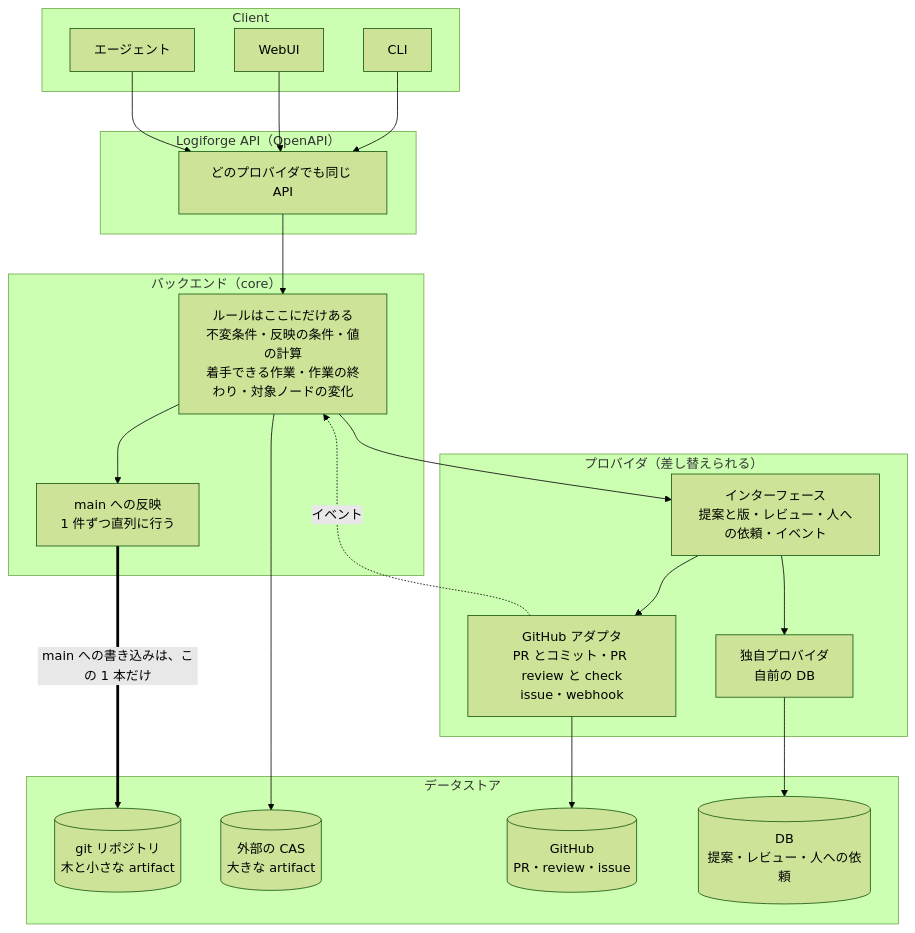
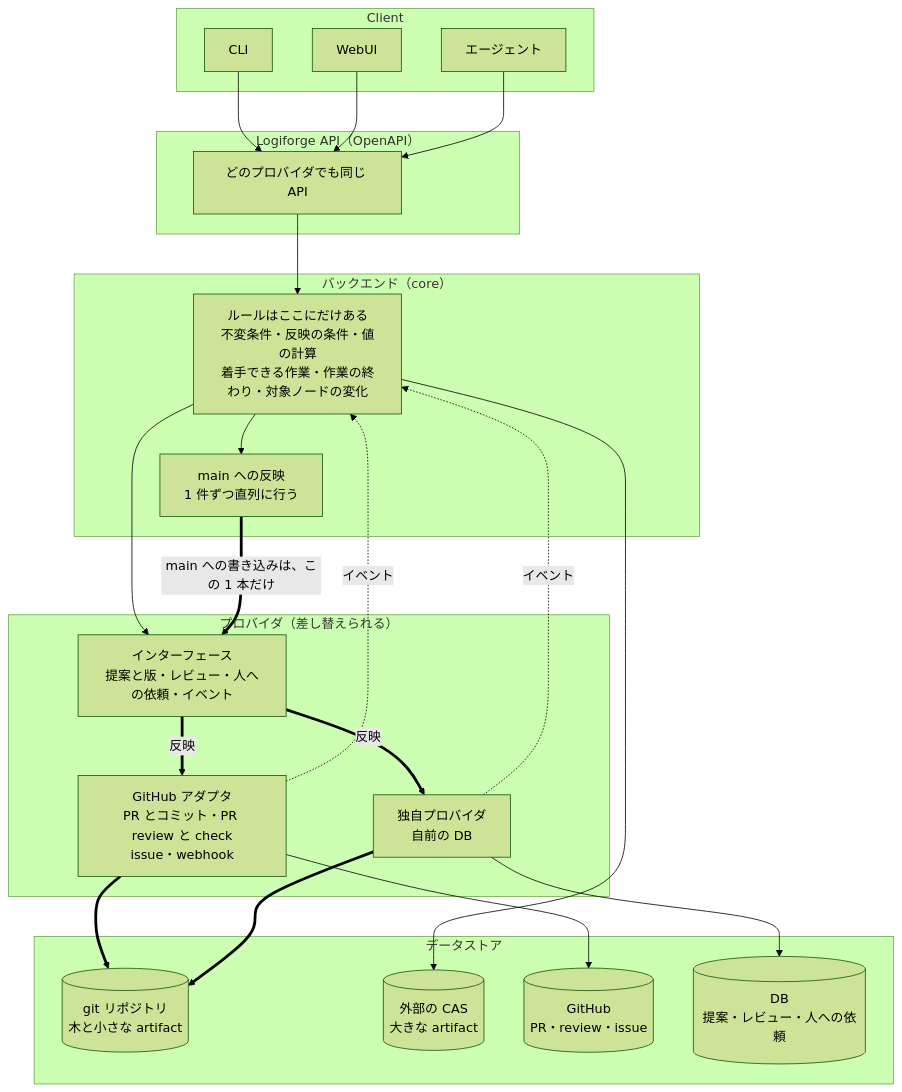
The diagram in design/architecture.md (yamambainc/logiforge), drawn with Mermaid (forest theme) before and after one commit. The commit also changed other lines of this file and 37 other files, not shown here.

````diff
--- a/design/architecture.md
+++ b/design/architecture.md
@@ -8,39 +8,42 @@
 ```mermaid
 flowchart TB
   subgraph CL["Client"]
     CLI["CLI"]
     WEB["WebUI"]
     AGT["エージェント"]
   end
   subgraph AP["Logiforge API（OpenAPI）"]
     API["どのプロバイダでも同じ API"]
   end
   subgraph BE["バックエンド（core）"]
     RULE["ルールはここにだけある<br/>不変条件・反映の条件・値の計算<br/>着手できる作業・作業の終わり・対象ノードの変化"]
     MERGE["main への反映<br/>1 件ずつ直列に行う"]
   end
   subgraph PR["プロバイダ（差し替えられる）"]
     IF["インターフェース<br/>提案と版・レビュー・人への依頼・イベント"]
     GH["GitHub アダプタ<br/>PR とコミット・PR review と check<br/>issue・webhook"]
     NA["独自プロバイダ<br/>自前の DB"]
   end
   subgraph DS["データストア"]
     GIT[("git リポジトリ<br/>木と小さな artifact")]
     CAS[("外部の CAS<br/>大きな artifact")]
     GHS[("GitHub<br/>PR・review・issue")]
     DB[("DB<br/>提案・レビュー・人への依頼")]
   end
   CLI --> API
   WEB --> API
   AGT --> API
   API --> RULE
   RULE --> MERGE
-  MERGE ==>|"main への書き込みは、この 1 本だけ"| GIT
   RULE --> IF
-  IF --> GH
-  IF --> NA
+  MERGE ==>|"main への書き込みは、この 1 本だけ"| IF
+  IF ==>|"反映"| GH
+  IF ==>|"反映"| NA
+  GH ==> GIT
+  NA ==> GIT
   GH --> GHS
   NA --> DB
   RULE --> CAS
   GH -. "イベント" .-> RULE
+  NA -. "イベント" .-> RULE
 ```
````
